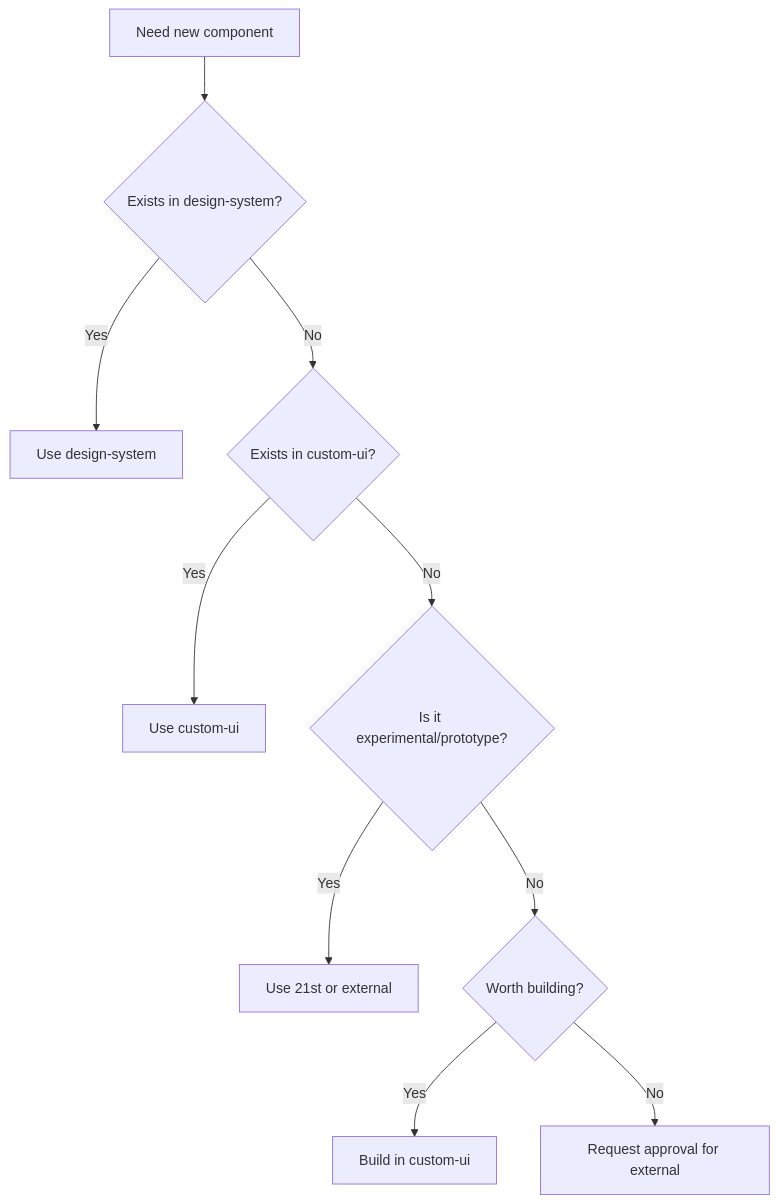
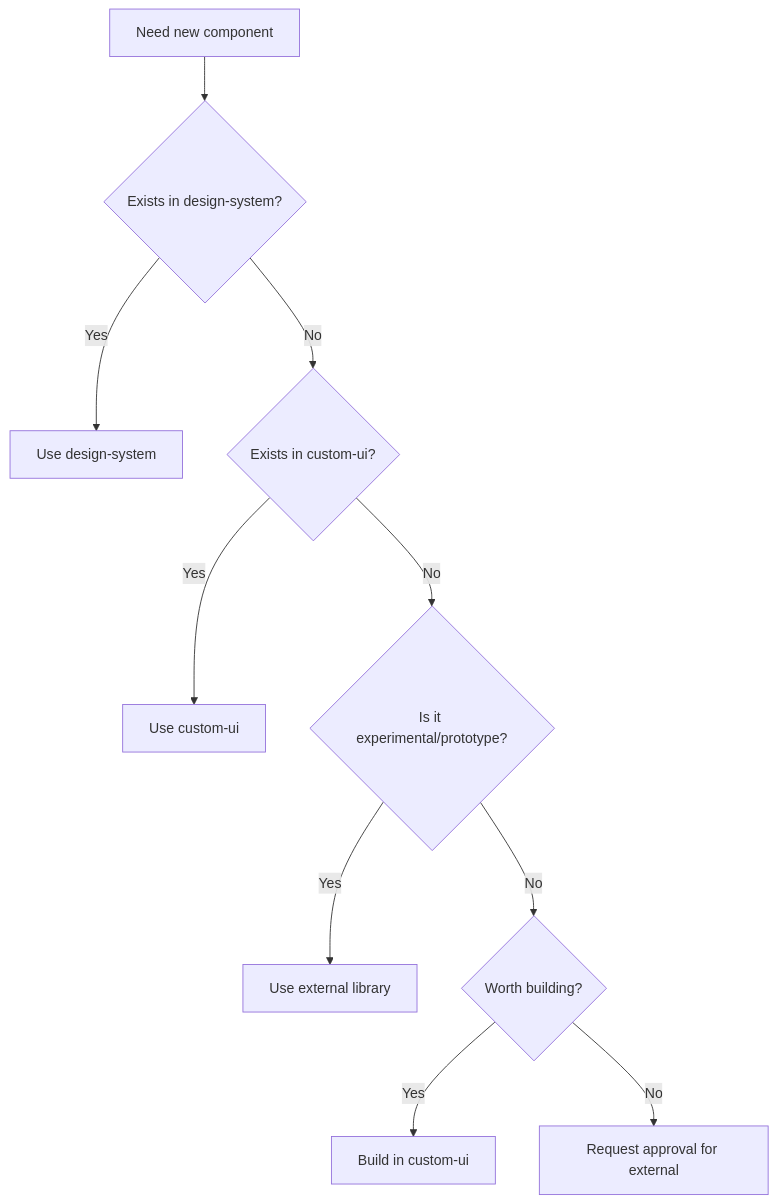
The diagram in docs/COMPONENT-LIBRARY-POLICY.md (TsekaLuk/Nebutra-Sailor), drawn with Mermaid before and after one commit. The commit also changed other lines of this file and 23 other files, not shown here.

````diff
--- a/docs/COMPONENT-LIBRARY-POLICY.md
+++ b/docs/COMPONENT-LIBRARY-POLICY.md
@@ -140,12 +131,12 @@
 ```mermaid
 flowchart TD
     A[Need new component] --> B{Exists in design-system?}
     B -->|Yes| C[Use design-system]
     B -->|No| D{Exists in custom-ui?}
     D -->|Yes| E[Use custom-ui]
     D -->|No| F{Is it experimental/prototype?}
-    F -->|Yes| G[Use 21st or external]
+    F -->|Yes| G[Use external library]
     F -->|No| H{Worth building?}
     H -->|Yes| I[Build in custom-ui]
     H -->|No| J[Request approval for external]
 ```
````
